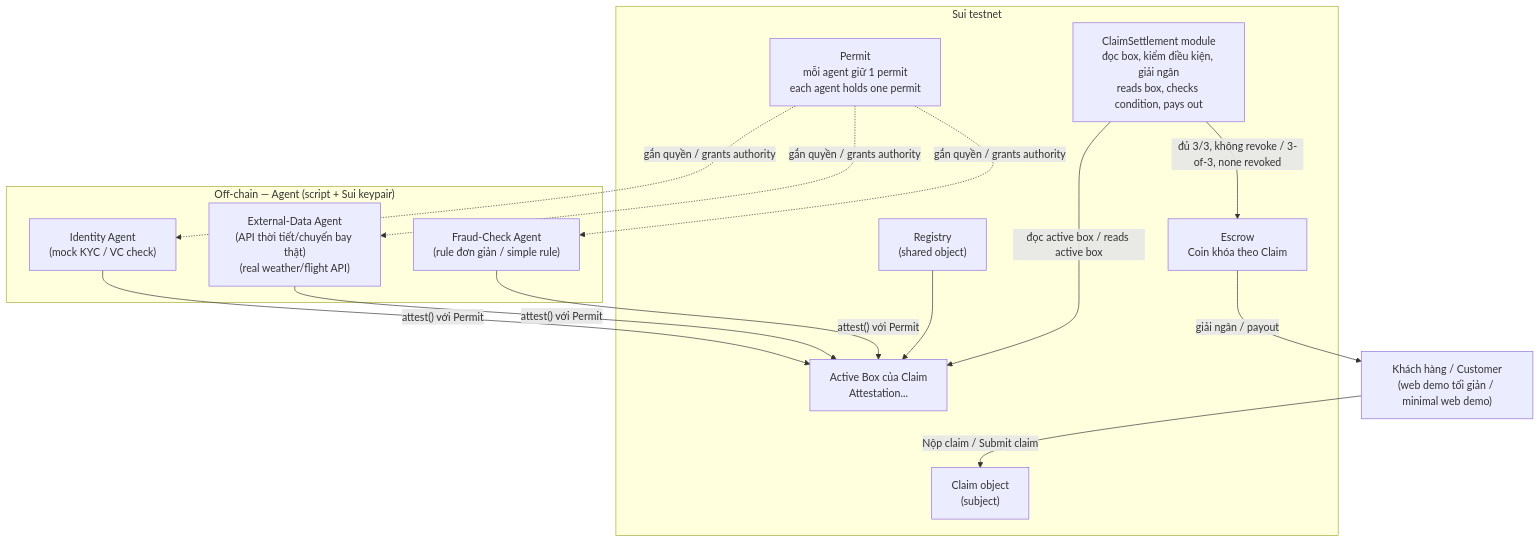
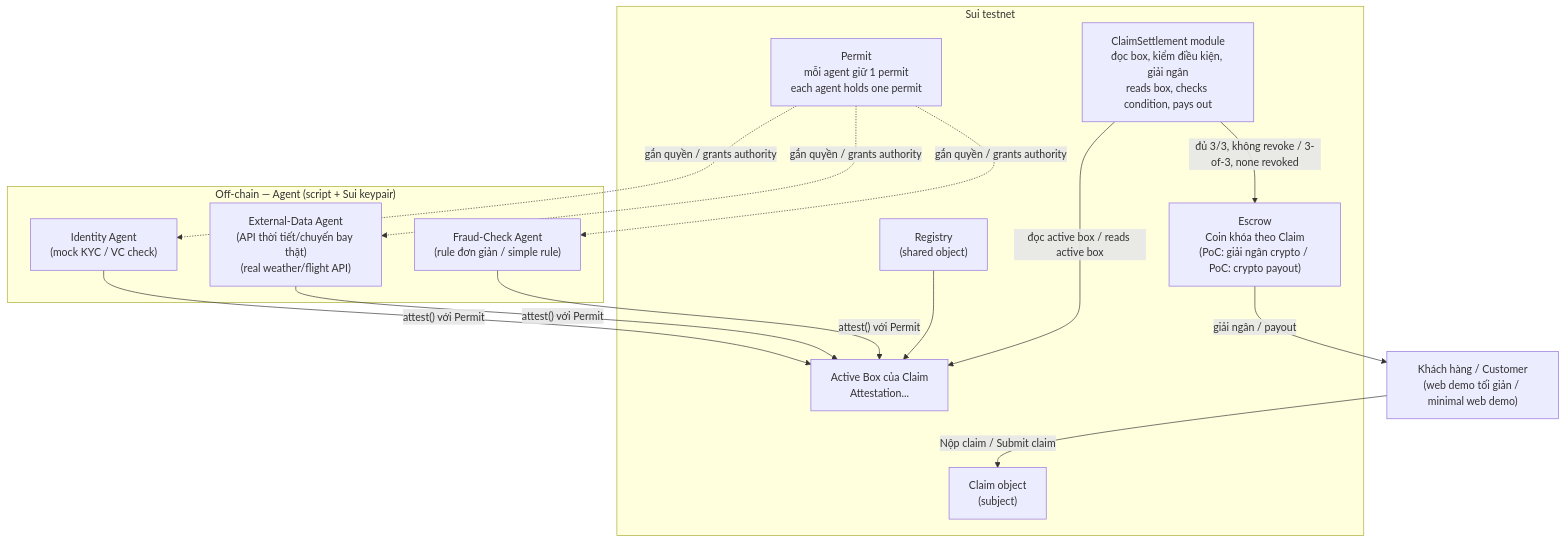
The second of 4 diagrams in docs/design/insurix-ai-workflow.md (hieudepoet/Insurix), drawn with Mermaid before and after one commit. The commit also changed other lines of this file and 73 other files, not shown here.

````diff
--- a/docs/design/insurix-ai-workflow.md
+++ b/docs/design/insurix-ai-workflow.md
@@ -115,27 +115,27 @@
 ```mermaid
 flowchart TB
     subgraph Off["Off-chain — Agent (script + Sui keypair)"]
         A1["Identity Agent\n(mock KYC / VC check)"]
         A2["External-Data Agent\n(API thời tiết/chuyến bay thật)\n(real weather/flight API)"]
         A3["Fraud-Check Agent\n(rule đơn giản / simple rule)"]
     end
 
     subgraph Chain["Sui testnet"]
         REG["Registry\n(shared object)"]
         CLAIM["Claim object\n(subject)"]
         BOX["Active Box của Claim\nAttestation<T>..."]
         PERM["Permit<T>\nmỗi agent giữ 1 permit\neach agent holds one permit"]
         SET["ClaimSettlement module\nđọc box, kiểm điều kiện, giải ngân\nreads box, checks condition, pays out"]
-        ESC["Escrow\nCoin<SUI> khóa theo Claim"]
+        ESC["Escrow\nCoin<SUI> khóa theo Claim\n(PoC: giải ngân crypto / PoC: crypto payout)"]
     end
 
     U["Khách hàng / Customer\n(web demo tối giản / minimal web demo)"] -- "Nộp claim / Submit claim" --> CLAIM
     A1 -- "attest() với Permit<IdentityVerified>" --> BOX
     A2 -- "attest() với Permit<ExternalDataVerified>" --> BOX
     A3 -- "attest() với Permit<FraudCheckPassed>" --> BOX
     PERM -.gắn quyền / grants authority.-> A1 & A2 & A3
     REG --> BOX
     SET -- "đọc active box / reads active box" --> BOX
     SET -- "đủ 3/3, không revoke / 3-of-3, none revoked" --> ESC
     ESC -- "giải ngân / payout" --> U
 ```
````
